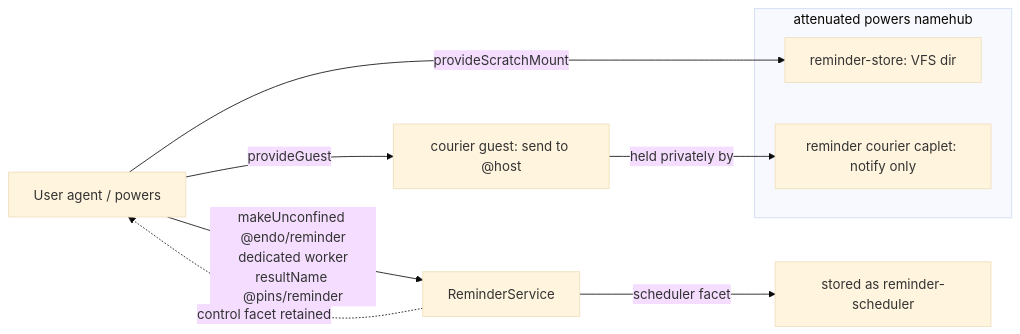
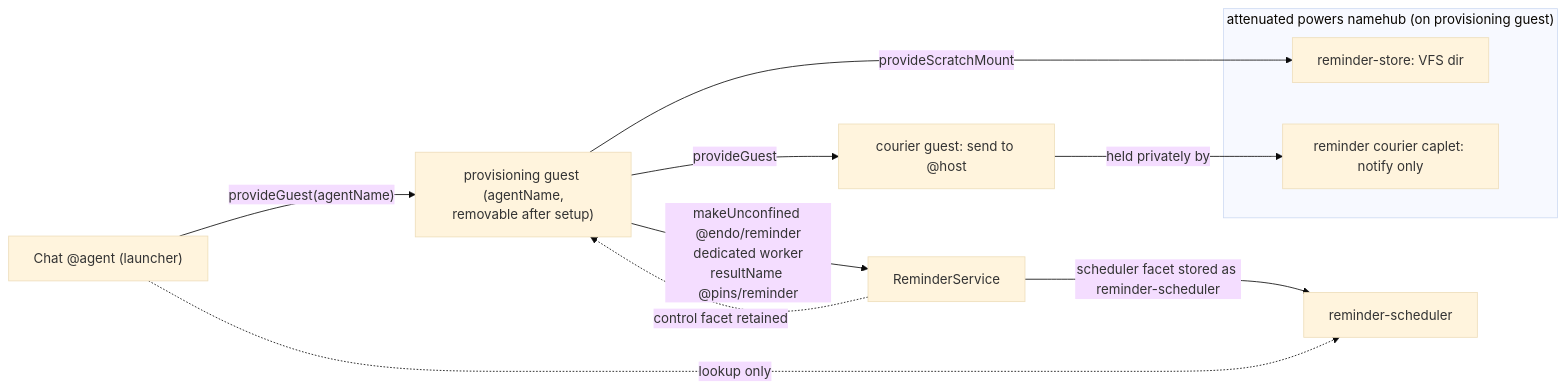
The second of 2 diagrams in designs/reminder-integration-chat.md (endojs/endo-but-for-bots), drawn with Mermaid (base theme) before and after one commit. The commit also changed other lines of this file and 2 other files, not shown here.

````diff
--- a/designs/reminder-integration-chat.md
+++ b/designs/reminder-integration-chat.md
@@ -277,14 +294,17 @@
 ```mermaid
 flowchart LR
-    Agent[User agent / powers]
-    Agent -->|provideScratchMount| Store[reminder-store: VFS dir]
-    Agent -->|provideGuest| Guest[courier guest: send to @host]
-    Guest -->|held privately by| Courier[reminder courier caplet: notify only]
-    subgraph powersName[attenuated powers namehub]
+    Agent["Chat @agent (launcher)"]
+    Prov["provisioning guest (agentName,<br/>removable after setup)"]
+    Agent -->|"provideGuest(agentName)"| Prov
+    Prov -->|provideScratchMount| Store["reminder-store: VFS dir"]
+    Prov -->|provideGuest| Guest["courier guest: send to @host"]
+    Guest -->|"held privately by"| Courier["reminder courier caplet: notify only"]
+    subgraph powersName["attenuated powers namehub (on provisioning guest)"]
       Store
       Courier
     end
-    Agent -->|makeUnconfined @endo/reminder<br/>dedicated worker<br/>resultName @pins/reminder| Service[ReminderService]
-    Service -->|scheduler facet| Scheduler[stored as reminder-scheduler]
-    Service -.control facet retained.-> Agent
+    Prov -->|"makeUnconfined @endo/reminder<br/>dedicated worker<br/>resultName @pins/reminder"| Service["ReminderService"]
+    Service -.->|"control facet retained"| Prov
+    Service -->|"scheduler facet stored as reminder-scheduler"| Scheduler["reminder-scheduler"]
+    Agent -.->|"lookup only"| Scheduler
 ```
````
